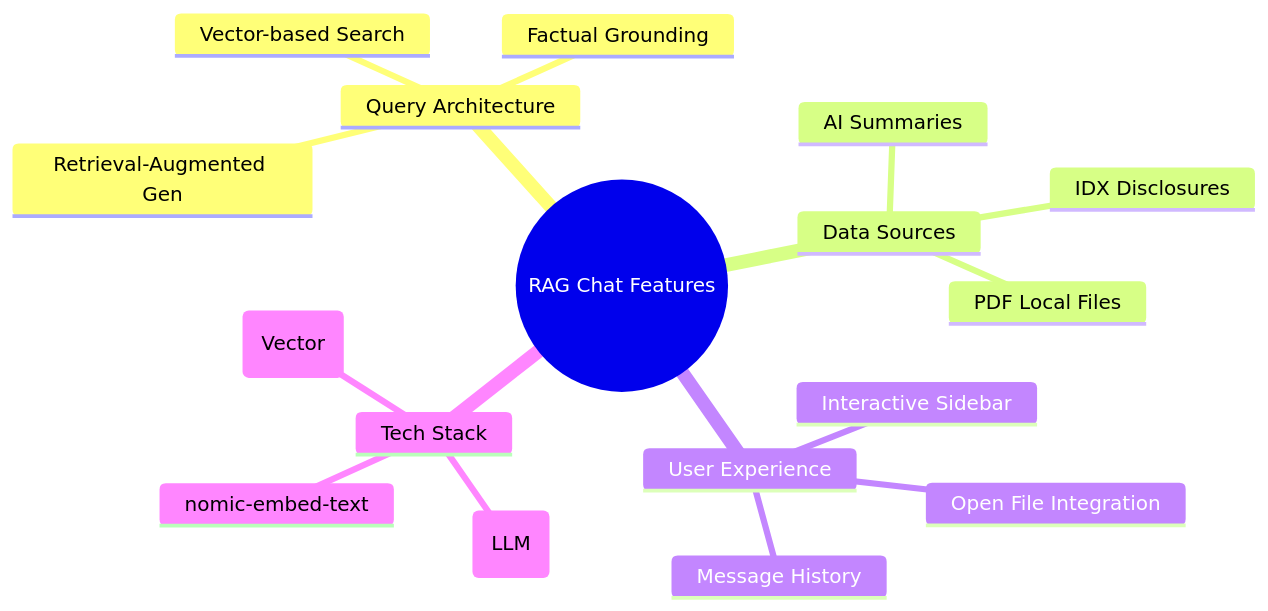
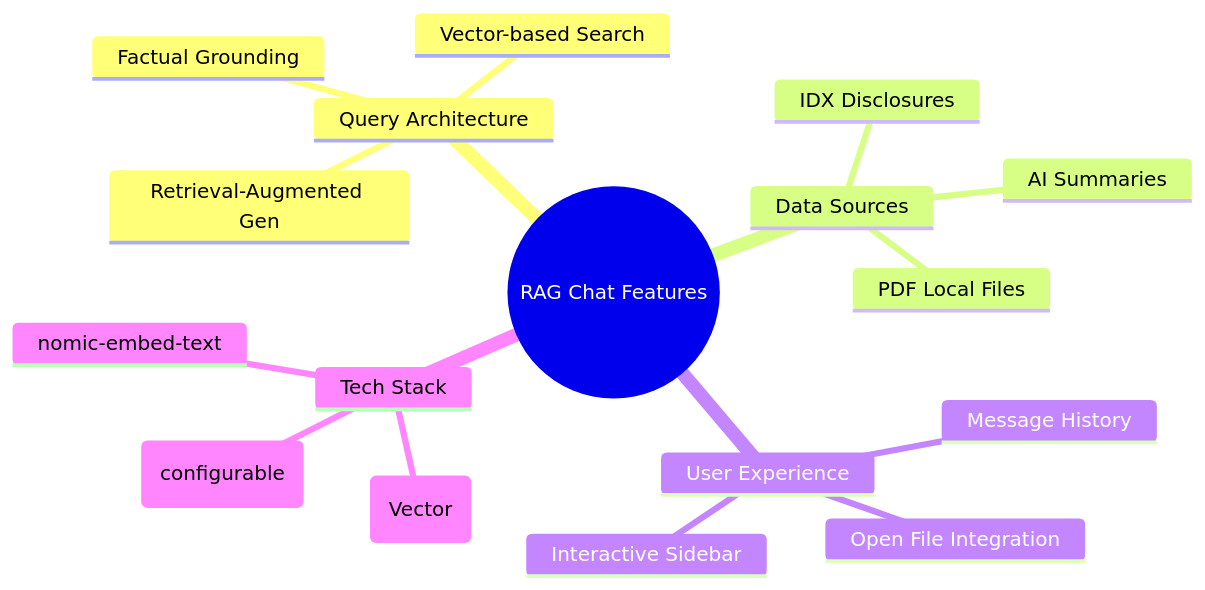
The first of 5 diagrams in docs/RAG_CHAT_DOCUMENTATION.md (juanpradana/MarketPulse), drawn with Mermaid before and after one commit. The commit also changed other lines of this file and 10 other files, not shown here.

````diff
--- a/docs/RAG_CHAT_DOCUMENTATION.md
+++ b/docs/RAG_CHAT_DOCUMENTATION.md
@@ -15,20 +15,20 @@
 ```mermaid
 mindmap
   root((RAG Chat Features))
     Query Architecture
       Retrieval-Augmented Gen
       Vector-based Search
       Factual Grounding
     Data Sources
       IDX Disclosures
       PDF Local Files
       AI Summaries
     User Experience
       Open File Integration
       Interactive Sidebar
       Message History
     Tech Stack
-      Llama 3.2 (LLM)
+      Ollama LLM (configurable)
       ChromaDB (Vector)
       nomic-embed-text
 ```
````
